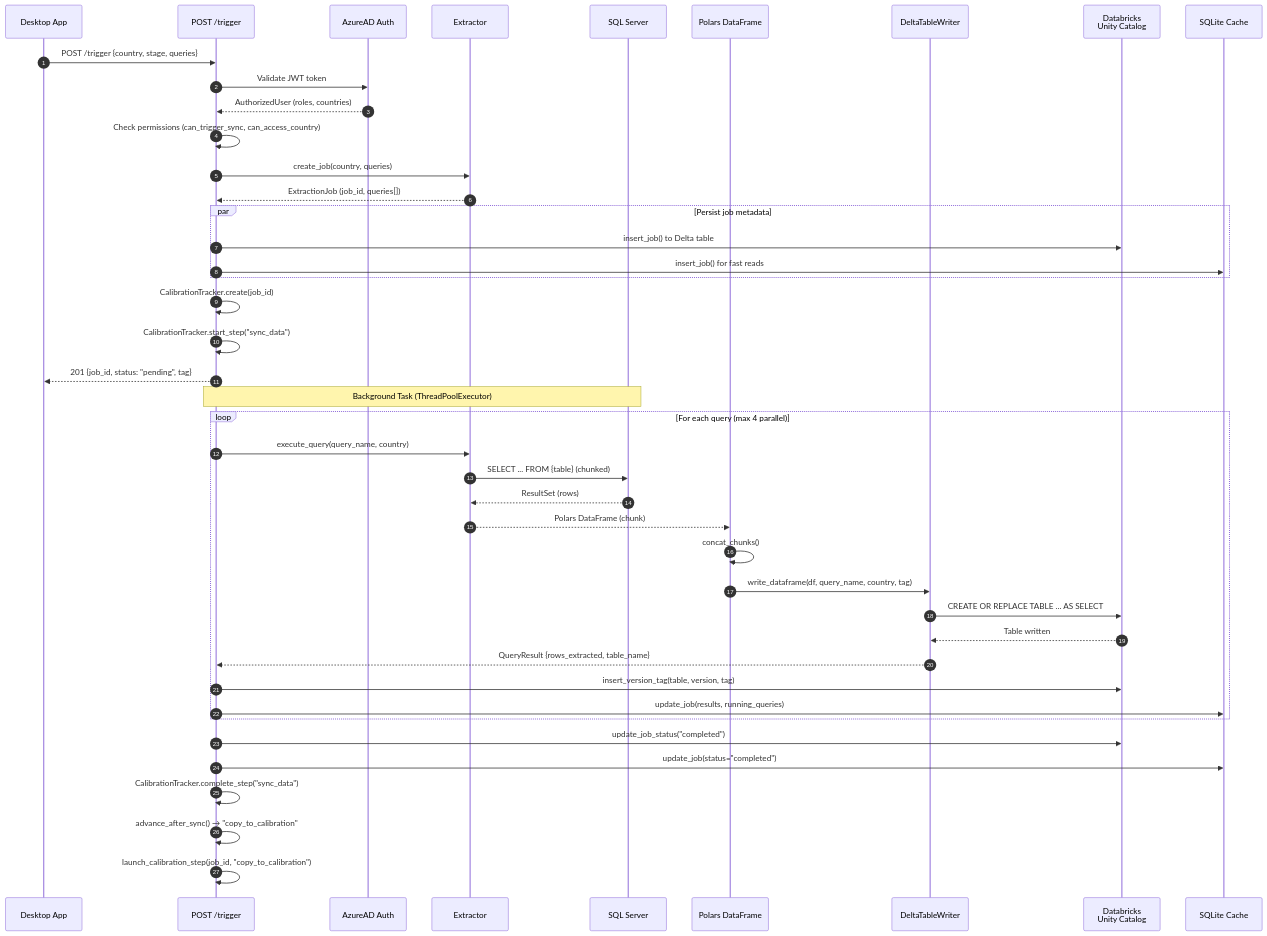
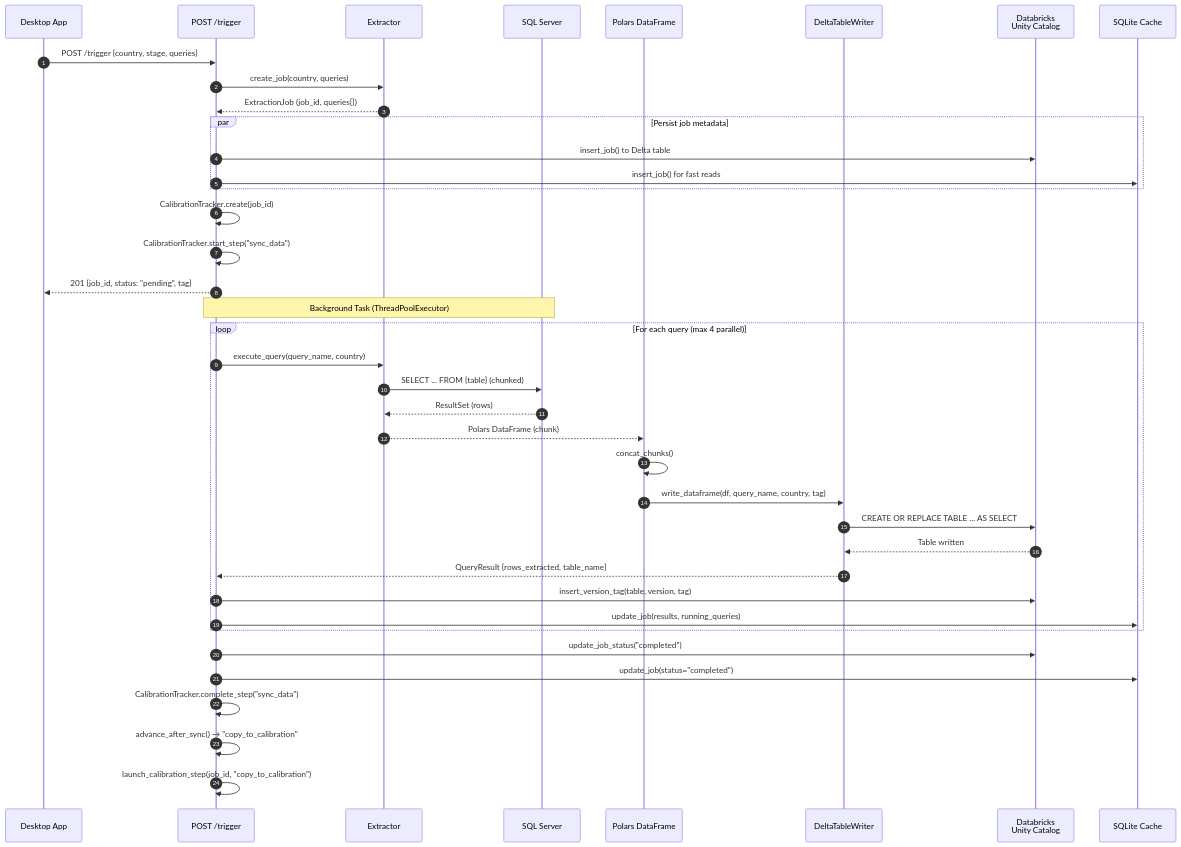
One commit to jaalduna/sql-databricks-bridge changed the diagram in docs/diagrams/backend/backend-extraction-flow.mmd. Above: the diagram before and after it, drawn with Mermaid. The commit also changed 10 other files, not shown here.

First line of the commit message:
docs: update backend and frontend documentation, remove obsolete diagrams

```diff
--- a/docs/diagrams/backend/backend-extraction-flow.mmd
+++ b/docs/diagrams/backend/backend-extraction-flow.mmd
@@ -1,54 +1,48 @@
 sequenceDiagram
     autonumber
     participant FE as Desktop App
     participant API as POST /trigger
-    participant Auth as AzureAD Auth
     participant Ext as Extractor
     participant SQL as SQL Server
     participant PL as Polars DataFrame
     participant DW as DeltaTableWriter
     participant DB as Databricks<br/>Unity Catalog
     participant SQLite as SQLite Cache
 
     FE->>API: POST /trigger {country, stage, queries}
-    API->>Auth: Validate JWT token
-    Auth-->>API: AuthorizedUser (roles, countries)
-
-    API->>API: Check permissions (can_trigger_sync, can_access_country)
-
     API->>Ext: create_job(country, queries)
     Ext-->>API: ExtractionJob (job_id, queries[])
 
     par Persist job metadata
         API->>DB: insert_job() to Delta table
         API->>SQLite: insert_job() for fast reads
     end
 
     API->>API: CalibrationTracker.create(job_id)
     API->>API: CalibrationTracker.start_step("sync_data")
 
     API-->>FE: 201 {job_id, status: "pending", tag}
 
     Note over API,SQL: Background Task (ThreadPoolExecutor)
 
     loop For each query (max 4 parallel)
         API->>Ext: execute_query(query_name, country)
         Ext->>SQL: SELECT ... FROM {table} (chunked)
         SQL-->>Ext: ResultSet (rows)
         Ext-->>PL: Polars DataFrame (chunk)
         PL->>PL: concat_chunks()
         PL->>DW: write_dataframe(df, query_name, country, tag)
         DW->>DB: CREATE OR REPLACE TABLE ... AS SELECT
         DB-->>DW: Table written
         DW-->>API: QueryResult {rows_extracted, table_name}
 
         API->>DB: insert_version_tag(table, version, tag)
         API->>SQLite: update_job(results, running_queries)
     end
 
     API->>DB: update_job_status("completed")
     API->>SQLite: update_job(status="completed")
 
     API->>API: CalibrationTracker.complete_step("sync_data")
     API->>API: advance_after_sync() → "copy_to_calibration"
     API->>API: launch_calibration_step(job_id, "copy_to_calibration")
```
